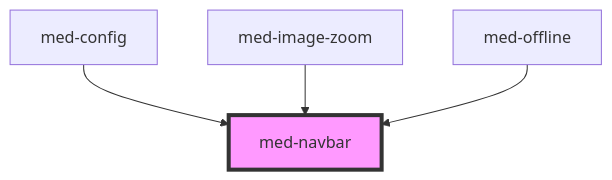
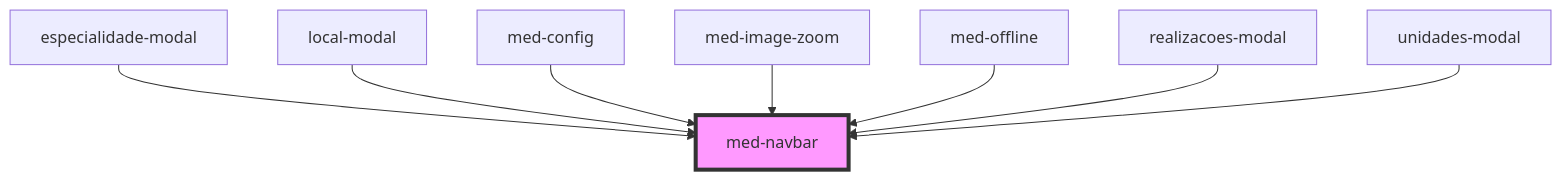
One commit to MEDGRUPOGIT/ionic-framework-1 changed the diagram in core/src/components/@templarios/compositions/med-navbar/readme.md. Above: the diagram before and after it, drawn with Mermaid. The commit also changed other lines of this file and 30 other files, not shown here.

````diff
--- a/core/src/components/@templarios/compositions/med-navbar/readme.md
+++ b/core/src/components/@templarios/compositions/med-navbar/readme.md
@@ -25,7 +29,11 @@
 ```mermaid
 graph TD;
+  especialidade-modal --> med-navbar
+  local-modal --> med-navbar
   med-config --> med-navbar
   med-image-zoom --> med-navbar
   med-offline --> med-navbar
+  realizacoes-modal --> med-navbar
+  unidades-modal --> med-navbar
   style med-navbar fill:#f9f,stroke:#333,stroke-width:4px
 ```
````
